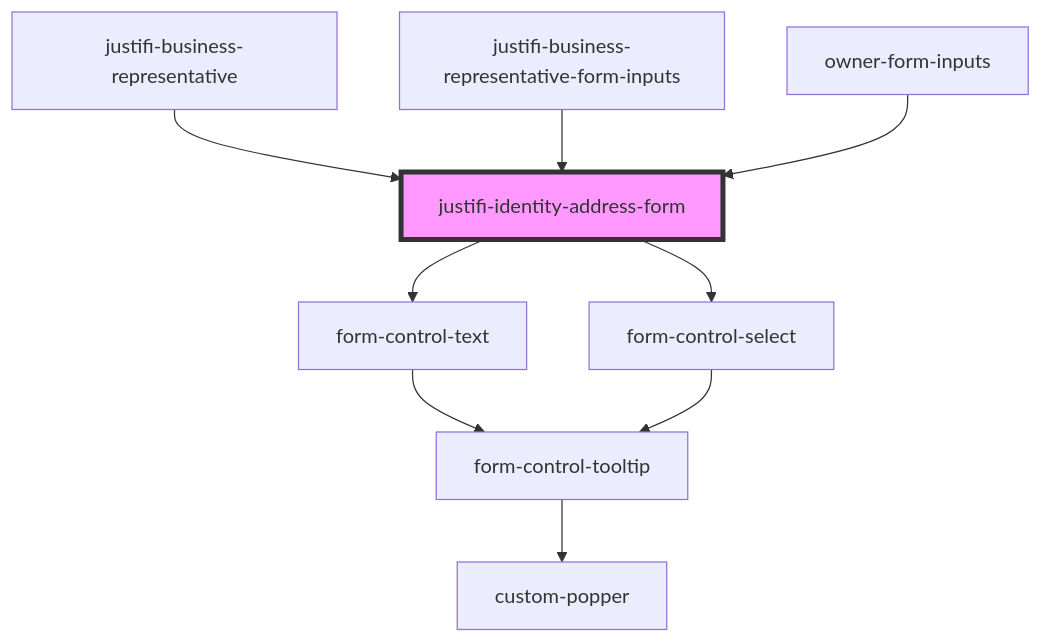
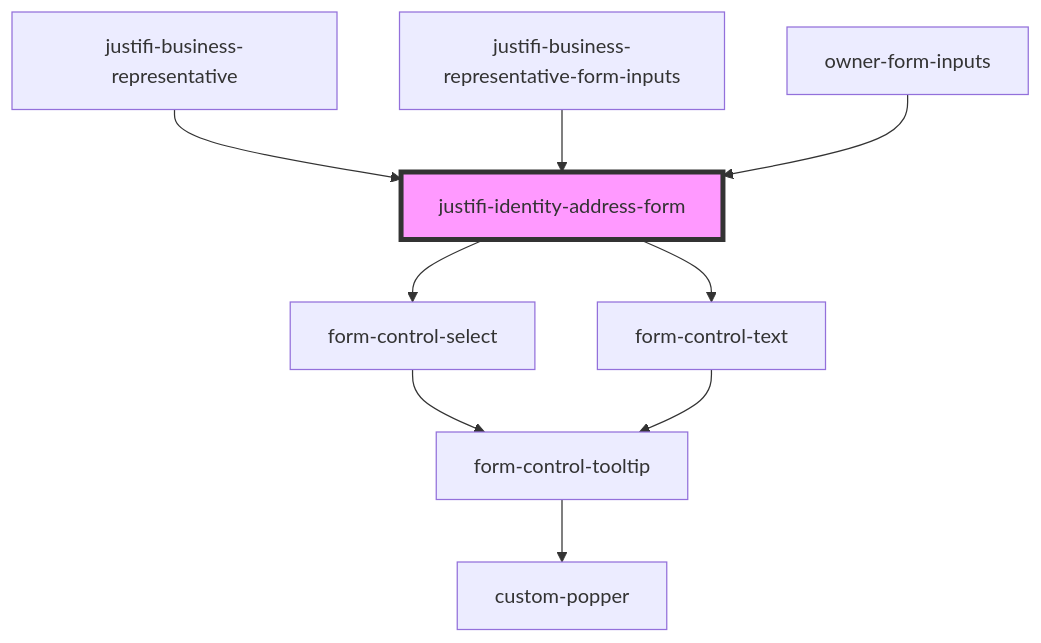
The diagram in packages/webcomponents/src/components/business-forms/owner-form/identity-address/readme.md (justifi-tech/web-component-library), drawn with Mermaid before and after one commit. The commit also changed other lines of this file and 11 other files, not shown here.

Commit message:
Refactor address forms to support multi-country validation and update related schemas. Replace payment provisioning address schema with a new business address schema, enhancing country-specific handling for states and postal codes.

````diff
--- a/packages/webcomponents/src/components/business-forms/owner-form/identity-address/readme.md
+++ b/packages/webcomponents/src/components/business-forms/owner-form/identity-address/readme.md
@@ -31,12 +31,12 @@
 ```mermaid
 graph TD;
+  justifi-identity-address-form --> form-control-select
   justifi-identity-address-form --> form-control-text
-  justifi-identity-address-form --> form-control-select
+  form-control-select --> form-control-tooltip
+  form-control-tooltip --> custom-popper
   form-control-text --> form-control-tooltip
-  form-control-tooltip --> custom-popper
-  form-control-select --> form-control-tooltip
   justifi-business-representative --> justifi-identity-address-form
   justifi-business-representative-form-inputs --> justifi-identity-address-form
   owner-form-inputs --> justifi-identity-address-form
   style justifi-identity-address-form fill:#f9f,stroke:#333,stroke-width:4px
 ```
````
